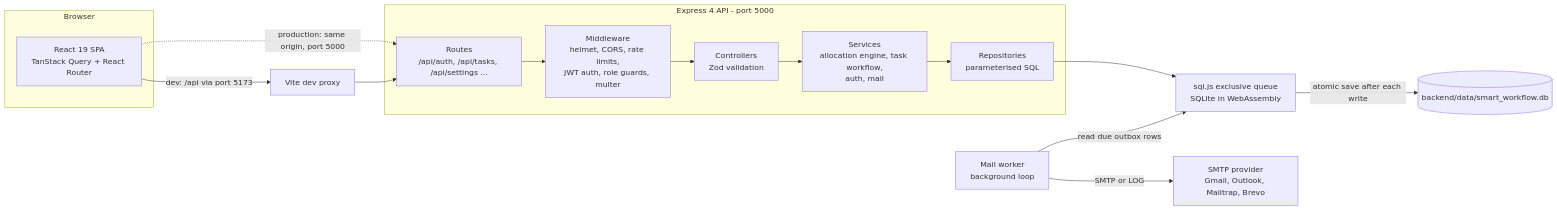
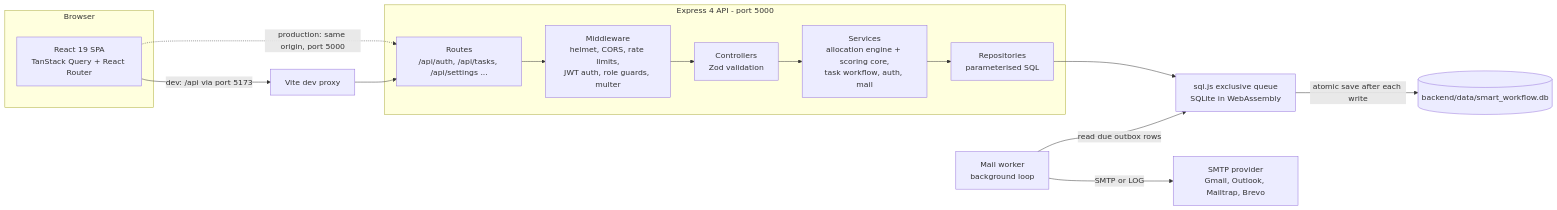
Before and after one commit to md8-habibullah/smart_workflow: the first of 5 diagrams in README.md, drawn with Mermaid. The commit also changed other lines of this file and 98 other files, not shown here.

````diff
--- a/README.md
+++ b/README.md
@@ -223,23 +252,23 @@
 ```mermaid
 flowchart LR
     subgraph Browser
         UI["React 19 SPA<br/>TanStack Query + React Router"]
     end
 
     UI -->|"dev: /api via port 5173"| VP["Vite dev proxy"]
     UI -.->|"production: same origin, port 5000"| R
     VP --> R
 
     subgraph API["Express 4 API - port 5000"]
         R["Routes<br/>/api/auth, /api/tasks, /api/settings ..."] --> MW["Middleware<br/>helmet, CORS, rate limits,<br/>JWT auth, role guards, multer"]
         MW --> C["Controllers<br/>Zod validation"]
-        C --> S["Services<br/>allocation engine, task workflow,<br/>auth, mail"]
+        C --> S["Services<br/>allocation engine + scoring core,<br/>task workflow, auth, mail"]
         S --> RP["Repositories<br/>parameterised SQL"]
     end
 
     RP --> Q["sql.js exclusive queue<br/>SQLite in WebAssembly"]
     Q -->|"atomic save after each write"| DB[("backend/data/smart_workflow.db")]
 
     WK["Mail worker<br/>background loop"] -->|"read due outbox rows"| Q
     WK -->|"SMTP or LOG"| SMTP["SMTP provider<br/>Gmail, Outlook, Mailtrap, Brevo"]
 ```
````
